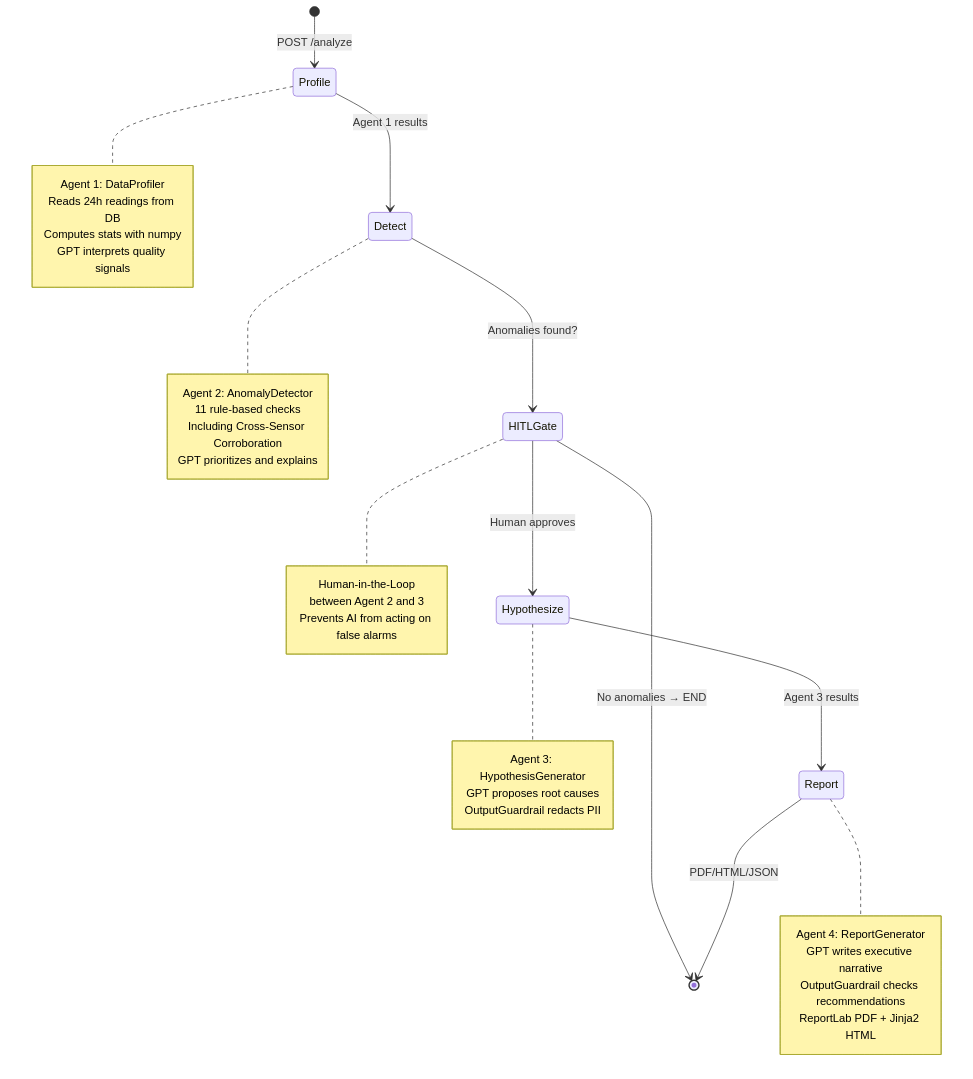
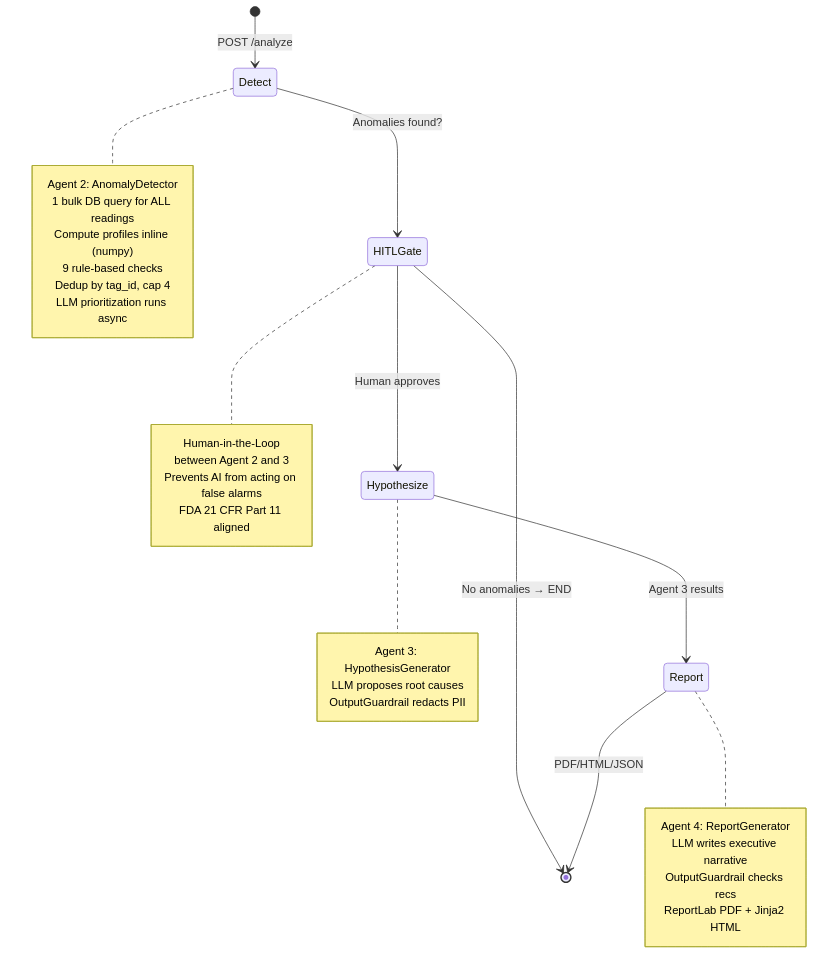
The third of 11 diagrams in ARCHITECTURE.md (sajanyerra/pharma-data-integrity-inspector), drawn with Mermaid before and after one commit. The commit also changed other lines of this file and 2 other files, not shown here.

First line of the commit message:
Docs: update all 3 docs to reflect merged profiler, 3-agent pipeline, async LLM, random anomalies, Groq LLM

````diff
--- a/ARCHITECTURE.md
+++ b/ARCHITECTURE.md
@@ -142,45 +125,40 @@
 ```mermaid
 stateDiagram-v2
-    [*] --> Profile: POST /analyze
-    Profile --> Detect: Agent 1 results
+    [*] --> Detect: POST /analyze
     Detect --> HITLGate: Anomalies found?
-    
+
     HITLGate --> Hypothesize: Human approves
     HITLGate --> [*]: No anomalies → END
-    
+
     Hypothesize --> Report: Agent 3 results
     Report --> [*]: PDF/HTML/JSON
-    
-    note right of Profile
-        Agent 1: DataProfiler
-        Reads 24h readings from DB
-        Computes stats with numpy
-        GPT interprets quality signals
-    end note
-    
+
     note right of Detect
         Agent 2: AnomalyDetector
-        11 rule-based checks
-        Including Cross-Sensor Corroboration
-        GPT prioritizes and explains
+        1 bulk DB query for ALL readings
+        Compute profiles inline (numpy)
+        9 rule-based checks
+        Dedup by tag_id, cap 4
+        LLM prioritization runs async
     end note
-    
+
     note right of HITLGate
         Human-in-the-Loop
         between Agent 2 and 3
         Prevents AI from acting on false alarms
+        FDA 21 CFR Part 11 aligned
     end note
-    
+
     note right of Hypothesize
         Agent 3: HypothesisGenerator
-        GPT proposes root causes
+        LLM proposes root causes
         OutputGuardrail redacts PII
     end note
-    
+
     note right of Report
         Agent 4: ReportGenerator
-        GPT writes executive narrative
-        OutputGuardrail checks recommendations
+        LLM writes executive narrative
+        OutputGuardrail checks recs
         ReportLab PDF + Jinja2 HTML
     end note
 ```
````
